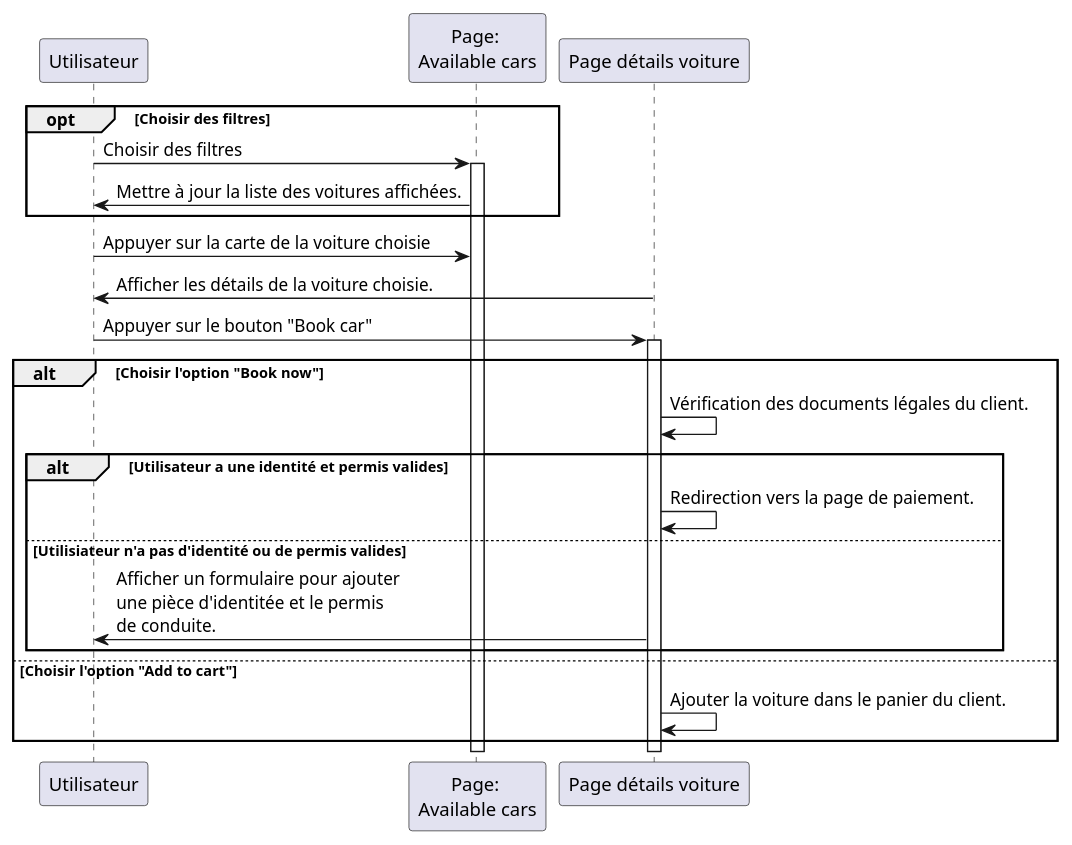
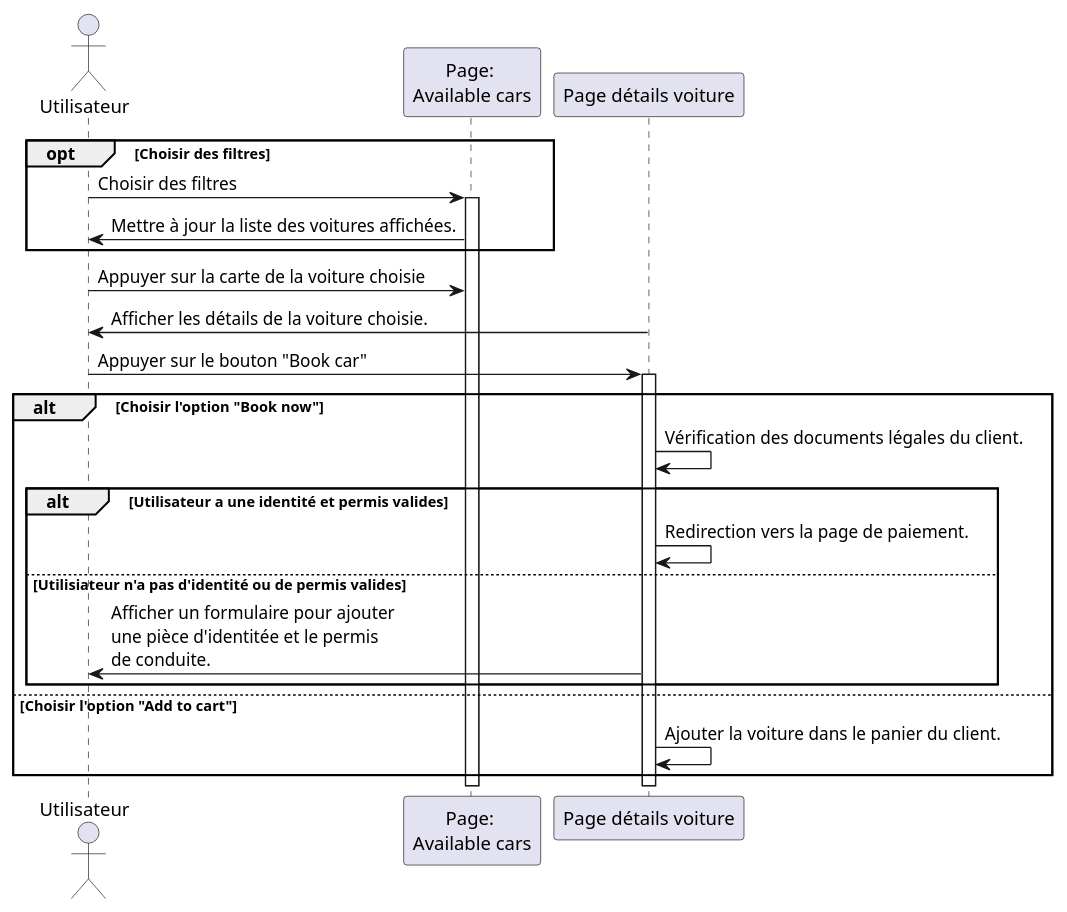
Before and after one commit to AlaaAbdelbaki/rapportPFE: the fourth of 8 diagrams in images/uml/diag.puml, drawn with PlantUML. The commit also changed other lines of this file and 18 other files, not shown here.

```diff
--- a/images/uml/diag.puml
+++ b/images/uml/diag.puml
@@ -87,19 +98,22 @@
 @startuml choisir voiture
+
+Actor Utilisateur as Utilisateur
+
 opt Choisir des filtres
 Utilisateur -> "Page: \nAvailable cars" ++: Choisir des filtres
 "Page: \nAvailable cars" -> Utilisateur : Mettre à jour la liste des voitures affichées.
 end
 Utilisateur -> "Page: \nAvailable cars" : Appuyer sur la carte de la voiture choisie
 "Page détails voiture" -> Utilisateur : Afficher les détails de la voiture choisie.
 Utilisateur -> "Page détails voiture" ++: Appuyer sur le bouton "Book car"  
 alt Choisir l'option "Book now"
 "Page détails voiture" -> "Page détails voiture" : Vérification des documents légales du client.
 alt Utilisateur a une identité et permis valides
 "Page détails voiture" -> "Page détails voiture" : Redirection vers la page de paiement.
 else Utilisiateur n'a pas d'identité ou de permis valides
 "Page détails voiture" -> Utilisateur : Afficher un formulaire pour ajouter \nune pièce d'identitée et le permis\nde conduite.
 end
 else Choisir l'option "Add to cart"
 "Page détails voiture" -> "Page détails voiture" : Ajouter la voiture dans le panier du client.
 end
 @enduml
```
